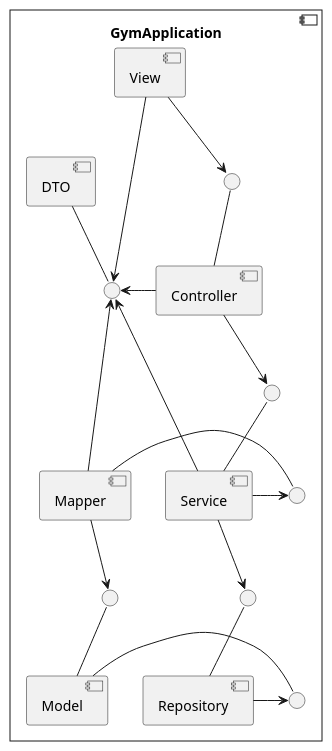
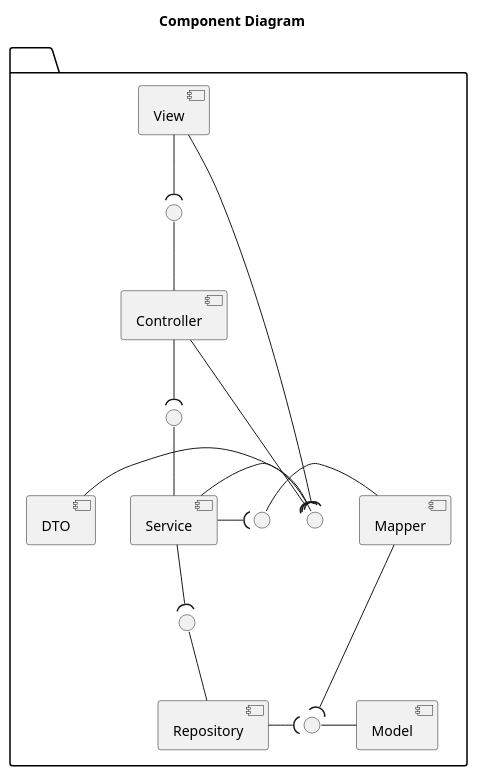
Before and after one commit to goncaloribeiro1234/fsoft2026_1DD_4: the diagram in Documentation/Iteration 2/Design/component_diagram.puml, drawn with PlantUML. The commit also changed 17 other files, not shown here.

Commit message:
Documentaçaõ IT2 com diagramas

```diff
--- a/Documentation/Iteration 2/Design/component_diagram.puml
+++ b/Documentation/Iteration 2/Design/component_diagram.puml
@@ -1,58 +1,51 @@
 @startuml
-skinparam style strictuml
+skinparam componentStyle uml2
+top to bottom direction
 
-component "GymApplication" {
+title Component Diagram
 
-    component "View" as view
-    component "Controller" as ctrl
-    component "Service" as srv
-    component "Repository" as repo
+package "          " {
 
-    component "DTO" as dto
-    component "Mapper" as map
-    component "Model" as mdl
+    component [View] as V
+    component [Controller] as C
+    component [Service] as S
+    component [Repository] as R
 
-    interface " " as i_ctrl
-    interface " " as i_srv
-    interface " " as i_repo
-    interface " " as i_map
-    interface " " as i_mdl
-    interface " " as i_repo_mdl
-    interface " " as i_dto
+    component [DTO] as D
+    component [Mapper] as M
+    component [Model] as Mod
+
+    () " " as i1
+    () " " as i2
+    () " " as i3
+    () " " as i4
+    () " " as i5
+    () " " as i6
+
+    V -right[hidden]- D
+    C -right[hidden]- D
+    S -right[hidden]- M
+    R -right[hidden]- Mod
+
+    V -down-( i1
+    i1 -down- C
+
+    C -down-( i2
+    i2 -down- S
+
+    S -down-( i3
+    i3 -down- R
+
+    D -left- i4
+    V -right-( i4
+    C -right-( i4
+    S -right-( i4
+
+    S -right-( i5
+    i5 - M
+
+    M -down-( i6
+    R -right-( i6
+    i6 - Mod
 }
-
-view -[hidden]right-> dto
-ctrl -[hidden]right-> map
-repo -[hidden]right-> mdl
-
-view -[hidden]down-> ctrl
-ctrl -[hidden]down-> srv
-srv -[hidden]down-> repo
-dto -[hidden]down-> map
-map -[hidden]down-> mdl
-
-view -down-> i_ctrl
-i_ctrl -down- ctrl
-
-ctrl -down-> i_srv
-i_srv -down- srv
-
-srv -down-> i_repo
-i_repo -down- repo
-
-srv -right-> i_map
-i_map -right- map
-
-map -down-> i_mdl
-i_mdl -down- mdl
-
-repo -right-> i_repo_mdl
-i_repo_mdl -right- mdl
-
-dto -down- i_dto
-view -down-> i_dto
-ctrl -right-> i_dto
-srv -up-> i_dto
-map -up-> i_dto
-
 @enduml
```
